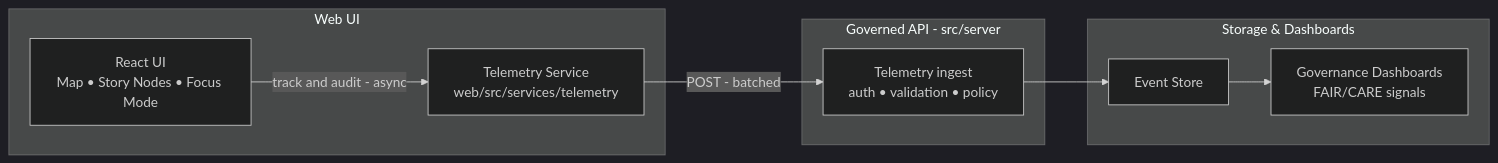
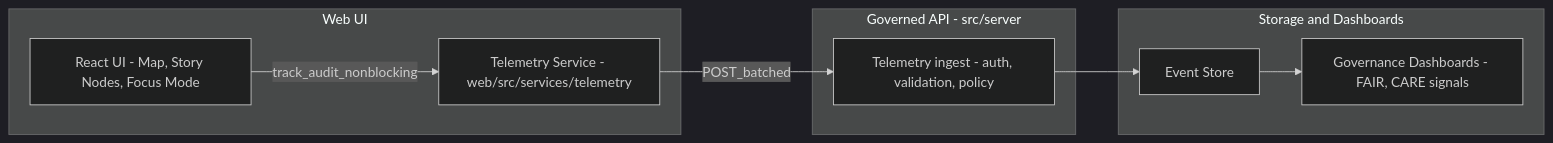
Before and after one commit to bartytime4life/Kansas-Frontier-Matrix: the diagram in web/src/services/telemetry/README.md, drawn with Mermaid (dark theme).

Commit message:
Refactor telemetry README mermaid diagram labels

````diff
--- a/web/src/services/telemetry/README.md
+++ b/web/src/services/telemetry/README.md
@@ -60,19 +60,19 @@
 ```mermaid
 flowchart LR
   subgraph Web[Web UI]
-    UI[React UI<br/>Map • Story Nodes • Focus Mode]
-    TS[Telemetry Service<br/>web/src/services/telemetry]
-    UI -->|track and audit - async| TS
+    UI[React UI - Map, Story Nodes, Focus Mode]
+    TS[Telemetry Service - web/src/services/telemetry]
+    UI -->|track_audit_nonblocking| TS
   end
 
   subgraph API[Governed API - src/server]
-    ING[Telemetry ingest<br/>auth • validation • policy]
+    ING[Telemetry ingest - auth, validation, policy]
   end
 
-  subgraph Store[Storage & Dashboards]
+  subgraph Store[Storage and Dashboards]
     EVT[Event Store]
-    GOV[Governance Dashboards<br/>FAIR/CARE signals]
+    GOV[Governance Dashboards - FAIR, CARE signals]
   end
 
-  TS -->|POST - batched| ING --> EVT --> GOV
+  TS -->|POST_batched| ING --> EVT --> GOV
 ```
````
